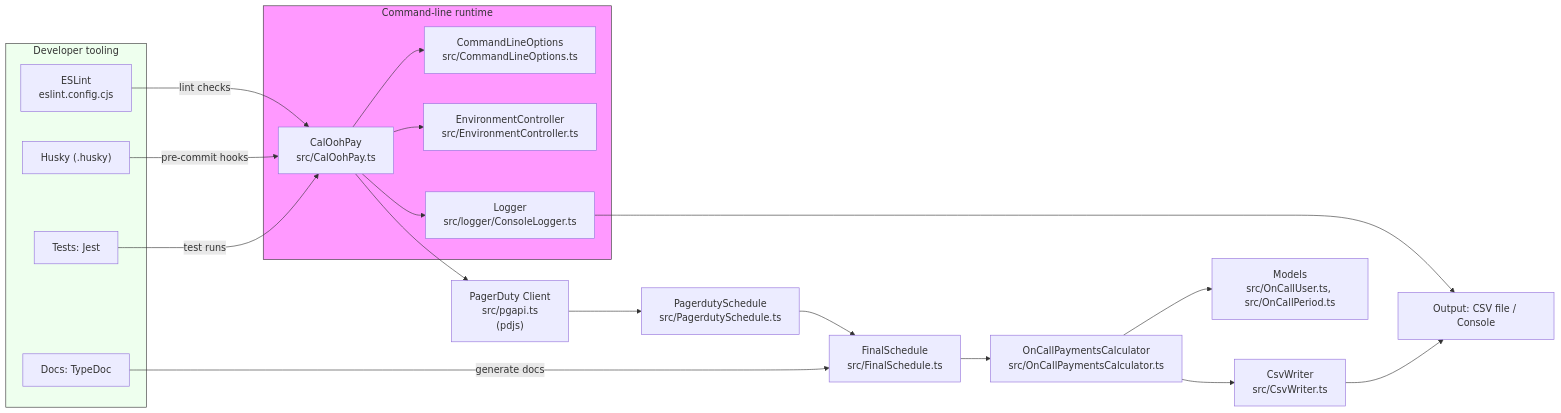
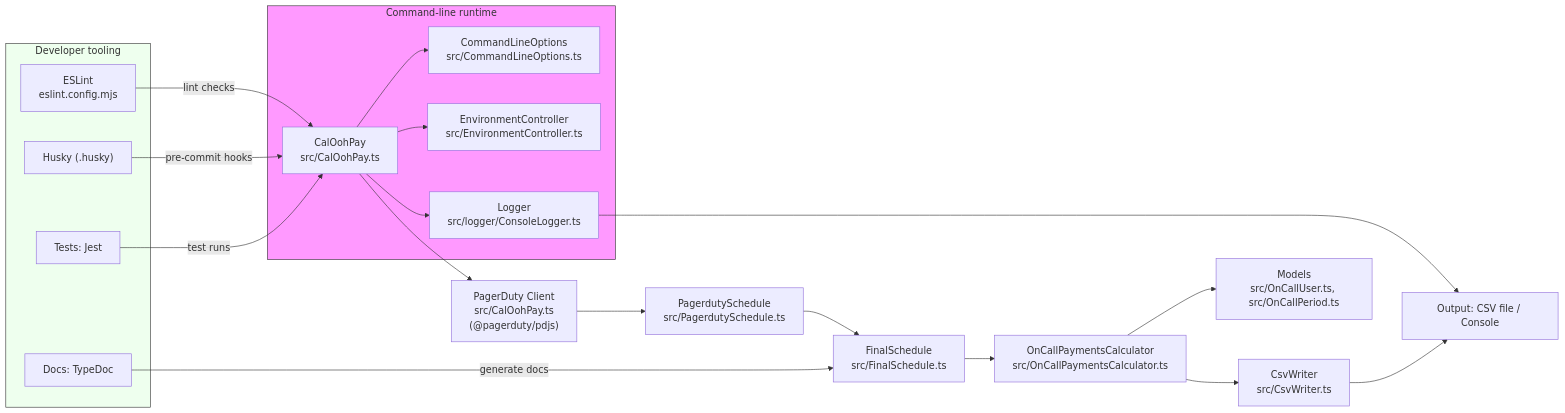
One commit to lonelydev/caloohpay changed the diagram in CONTRIBUTING.md. Above: the diagram before and after it, drawn with Mermaid. The commit also changed other lines of this file and 9 other files, not shown here.

````diff
--- a/CONTRIBUTING.md
+++ b/CONTRIBUTING.md
@@ -151,32 +151,32 @@
 ```mermaid
 flowchart LR
   subgraph CLI["Command-line runtime"]
     A["CalOohPay<br/>src/CalOohPay.ts"] --> B["CommandLineOptions<br/>src/CommandLineOptions.ts"]
     A --> C["EnvironmentController<br/>src/EnvironmentController.ts"]
     A --> L["Logger<br/>src/logger/ConsoleLogger.ts"]
   end
 
-  A --> PD["PagerDuty Client<br/>src/pgapi.ts<br/> (pdjs)"]
+  A --> PD["PagerDuty Client<br/>src/CalOohPay.ts<br/> (@pagerduty/pdjs)"]
   PD --> S["PagerdutySchedule<br/>src/PagerdutySchedule.ts"]
   S --> F["FinalSchedule<br/>src/FinalSchedule.ts"]
   F --> Calc["OnCallPaymentsCalculator<br/>src/OnCallPaymentsCalculator.ts"]
   Calc --> Models["Models<br/>src/OnCallUser.ts, src/OnCallPeriod.ts"]
   Calc --> Csv["CsvWriter<br/>src/CsvWriter.ts"]
   Csv --> Out["Output: CSV file / Console"]
   L --> Out
 
   subgraph Dev["Developer tooling"]
-    ESL["ESLint<br/>eslint.config.cjs"]
+    ESL["ESLint<br/>eslint.config.mjs"]
     HUS["Husky (.husky)"]
     J["Tests: Jest"]
     TD["Docs: TypeDoc"]
   end
 
   HUS -->|pre-commit hooks| A
   ESL -->|lint checks| A
   J -->|test runs| A
   TD -->|generate docs| F
 
   style CLI fill:#f9f,stroke:#333,stroke-width:1px
   style Dev fill:#efe,stroke:#333,stroke-width:1px
 ```
````
